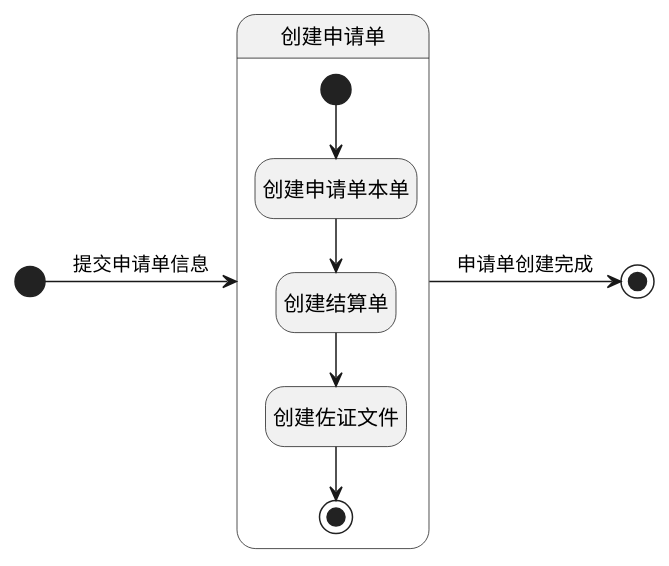
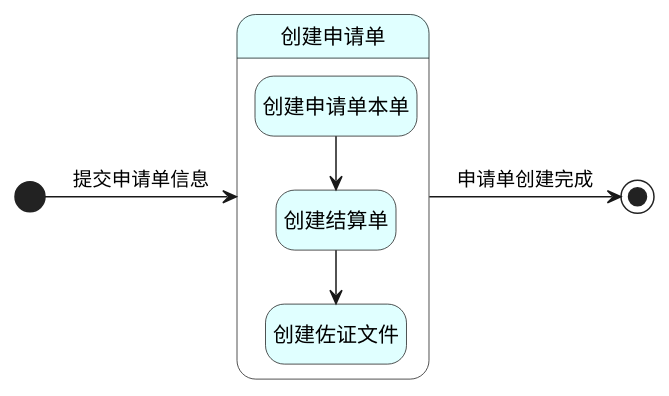
One commit to maomaoliu/plant-uml changed the diagram in wfc/invoice-form/request-form-creation.wsd. Above: the diagram before and after it, drawn with PlantUML. The commit also changed 4 other files, not shown here.

Commit message:
add invoice form flow chart

```diff
--- a/wfc/invoice-form/request-form-creation.wsd
+++ b/wfc/invoice-form/request-form-creation.wsd
@@ -1,16 +1,15 @@
 @startuml
 hide empty description
-
-
+skinparam state {
+  BackgroundColor LightCyan
+}
 [*] -right-> 创建申请单 : 提交申请单信息
 
 state 创建申请单 {
-    [*] --> 创建申请单本单
     创建申请单本单 --> 创建结算单
     创建结算单 --> 创建佐证文件
-    创建佐证文件 --> [*]
 }
 
 创建申请单 -right->  [*] : 申请单创建完成
 
 @enduml
```
